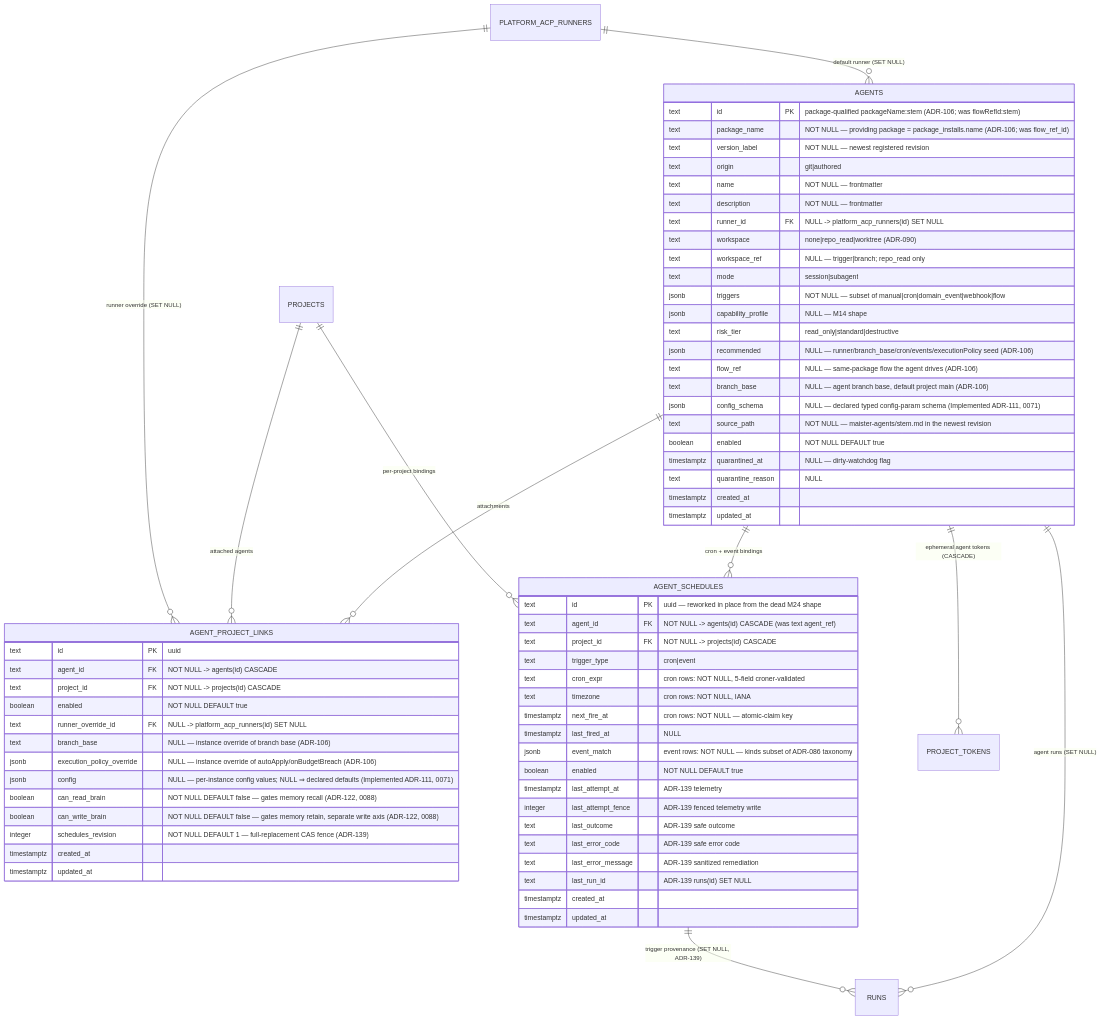
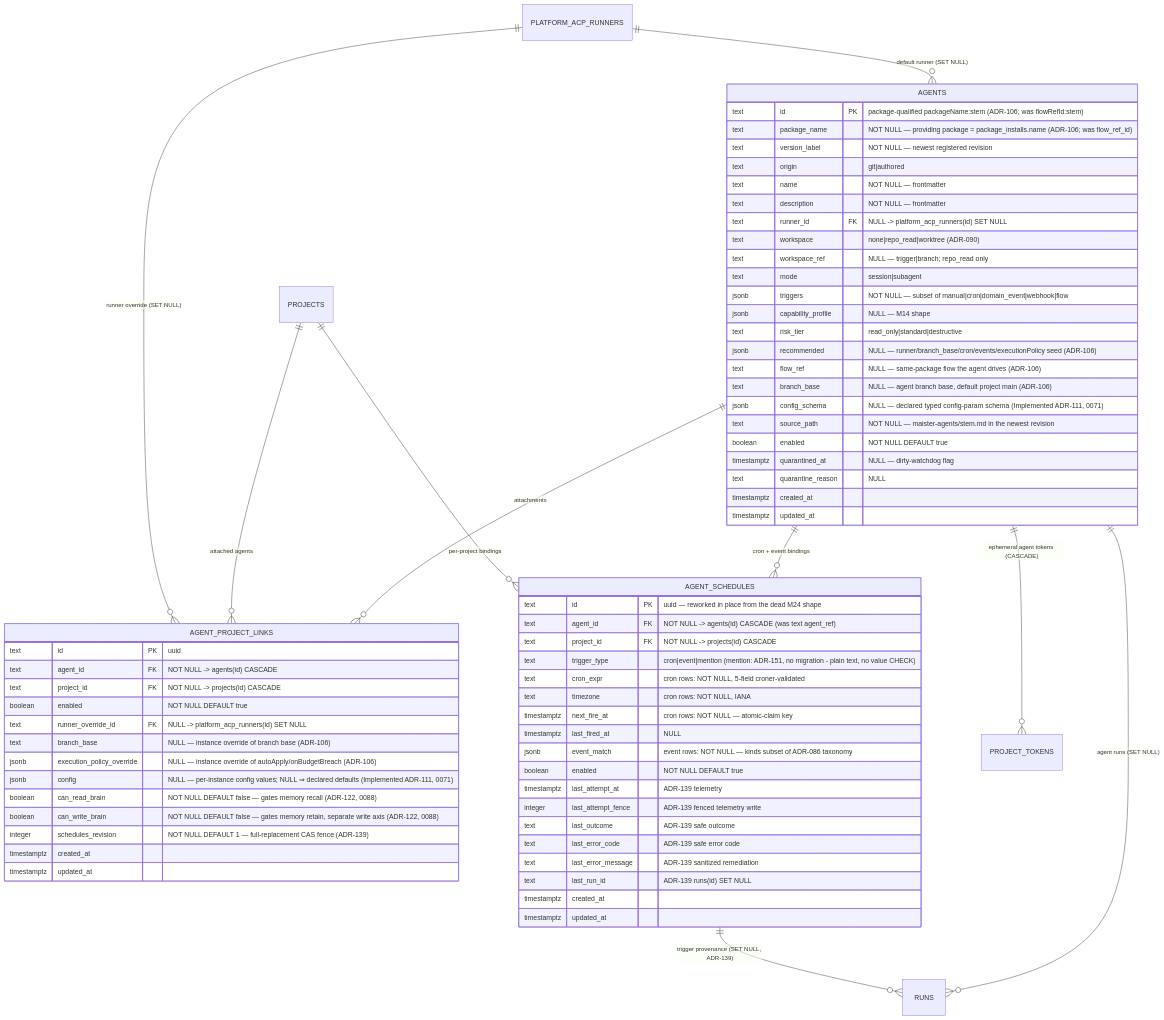
The diagram in docs/db/agents-domain.md (maister-dev/maister), drawn with Mermaid before and after one commit. The commit also changed other lines of this file and 13 other files, not shown here.

First line of the commit message:
docs(social,agents): ADR-151 + agent-mention spec, contracts, screens

````diff
--- a/docs/db/agents-domain.md
+++ b/docs/db/agents-domain.md
@@ -30,75 +30,75 @@
 ```mermaid
 erDiagram
     PLATFORM_ACP_RUNNERS ||--o{ AGENTS : "default runner (SET NULL)"
     AGENTS ||--o{ AGENT_PROJECT_LINKS : "attachments"
     PROJECTS ||--o{ AGENT_PROJECT_LINKS : "attached agents"
     PLATFORM_ACP_RUNNERS ||--o{ AGENT_PROJECT_LINKS : "runner override (SET NULL)"
     AGENTS ||--o{ AGENT_SCHEDULES : "cron + event bindings"
     PROJECTS ||--o{ AGENT_SCHEDULES : "per-project bindings"
     AGENTS ||--o{ RUNS : "agent runs (SET NULL)"
     AGENT_SCHEDULES ||--o{ RUNS : "trigger provenance (SET NULL, ADR-139)"
     AGENTS ||--o{ PROJECT_TOKENS : "ephemeral agent tokens (CASCADE)"
 
     AGENTS {
         text id PK "package-qualified packageName:stem (ADR-106; was flowRefId:stem)"
         text package_name "NOT NULL — providing package = package_installs.name (ADR-106; was flow_ref_id)"
         text version_label "NOT NULL — newest registered revision"
         text origin "git|authored"
         text name "NOT NULL — frontmatter"
         text description "NOT NULL — frontmatter"
         text runner_id FK "NULL -> platform_acp_runners(id) SET NULL"
         text workspace "none|repo_read|worktree (ADR-090)"
         text workspace_ref "NULL — trigger|branch; repo_read only"
         text mode "session|subagent"
         jsonb triggers "NOT NULL — subset of manual|cron|domain_event|webhook|flow"
         jsonb capability_profile "NULL — M14 shape"
         text risk_tier "read_only|standard|destructive"
         jsonb recommended "NULL — runner/branch_base/cron/events/executionPolicy seed (ADR-106)"
         text flow_ref "NULL — same-package flow the agent drives (ADR-106)"
         text branch_base "NULL — agent branch base, default project main (ADR-106)"
         jsonb config_schema "NULL — declared typed config-param schema (Implemented ADR-111, 0071)"
         text source_path "NOT NULL — maister-agents/stem.md in the newest revision"
         boolean enabled "NOT NULL DEFAULT true"
         timestamptz quarantined_at "NULL — dirty-watchdog flag"
         text quarantine_reason "NULL"
         timestamptz created_at
         timestamptz updated_at
     }
 
     AGENT_PROJECT_LINKS {
         text id PK "uuid"
         text agent_id FK "NOT NULL -> agents(id) CASCADE"
         text project_id FK "NOT NULL -> projects(id) CASCADE"
         boolean enabled "NOT NULL DEFAULT true"
         text runner_override_id FK "NULL -> platform_acp_runners(id) SET NULL"
         text branch_base "NULL — instance override of branch base (ADR-106)"
         jsonb execution_policy_override "NULL — instance override of autoApply/onBudgetBreach (ADR-106)"
         jsonb config "NULL — per-instance config values; NULL ⇒ declared defaults (Implemented ADR-111, 0071)"
         boolean can_read_brain "NOT NULL DEFAULT false — gates memory recall (ADR-122, 0088)"
         boolean can_write_brain "NOT NULL DEFAULT false — gates memory retain, separate write axis (ADR-122, 0088)"
         integer schedules_revision "NOT NULL DEFAULT 1 — full-replacement CAS fence (ADR-139)"
         timestamptz created_at
         timestamptz updated_at
     }
 
     AGENT_SCHEDULES {
         text id PK "uuid — reworked in place from the dead M24 shape"
         text agent_id FK "NOT NULL -> agents(id) CASCADE (was text agent_ref)"
         text project_id FK "NOT NULL -> projects(id) CASCADE"
-        text trigger_type "cron|event"
+        text trigger_type "cron|event|mention (mention: ADR-151, no migration - plain text, no value CHECK)"
         text cron_expr "cron rows: NOT NULL, 5-field croner-validated"
         text timezone "cron rows: NOT NULL, IANA"
         timestamptz next_fire_at "cron rows: NOT NULL — atomic-claim key"
         timestamptz last_fired_at "NULL"
         jsonb event_match "event rows: NOT NULL — kinds subset of ADR-086 taxonomy"
         boolean enabled "NOT NULL DEFAULT true"
         timestamptz last_attempt_at "ADR-139 telemetry"
         integer last_attempt_fence "ADR-139 fenced telemetry write"
         text last_outcome "ADR-139 safe outcome"
         text last_error_code "ADR-139 safe error code"
         text last_error_message "ADR-139 sanitized remediation"
         text last_run_id "ADR-139 runs(id) SET NULL"
         timestamptz created_at
         timestamptz updated_at
     }
 ```
````
